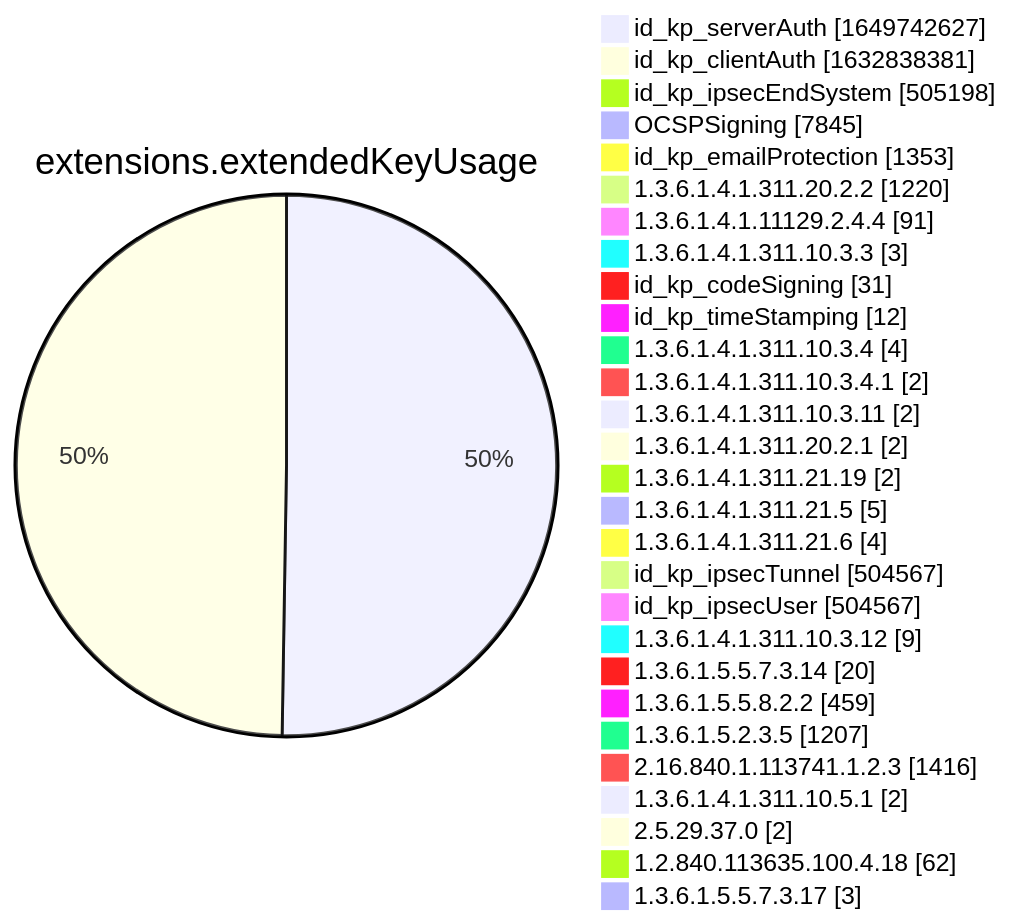
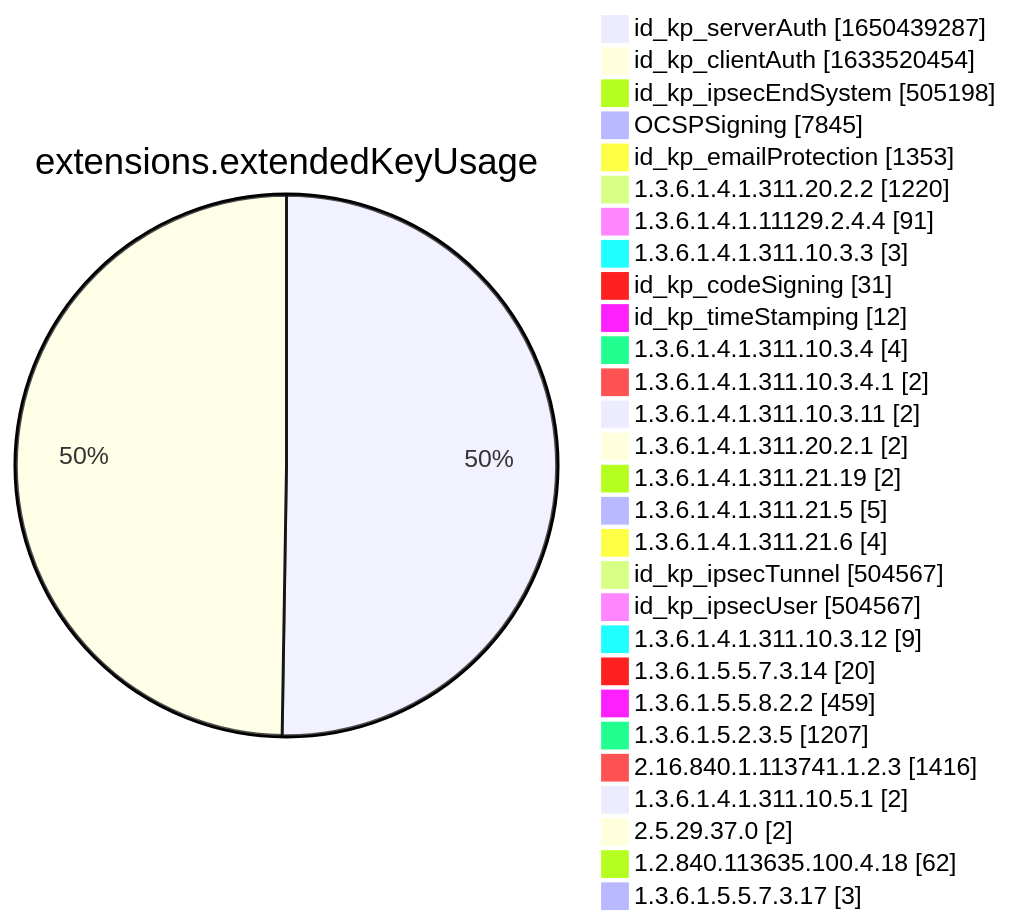
Diagram 12 of 15 in xenon2022/README.md (christiankrug/ctmonitor_visualization), drawn with Mermaid before and after one commit. The commit also changed other lines of this file, not shown here.

````diff
--- a/xenon2022/README.md
+++ b/xenon2022/README.md
@@ -3886,32 +3886,32 @@
 ```mermaid
 pie showData
 title extensions.extendedKeyUsage
-"id_kp_serverAuth" :1649742627
-"id_kp_clientAuth" :1632838381
+"id_kp_serverAuth" :1650439287
+"id_kp_clientAuth" :1633520454
 "id_kp_ipsecEndSystem" :505198
 "OCSPSigning" :7845
 "id_kp_emailProtection" :1353
 "1.3.6.1.4.1.311.20.2.2" :1220
 "1.3.6.1.4.1.11129.2.4.4" :91
 "1.3.6.1.4.1.311.10.3.3" :3
 "id_kp_codeSigning" :31
 "id_kp_timeStamping" :12
 "1.3.6.1.4.1.311.10.3.4" :4
 "1.3.6.1.4.1.311.10.3.4.1" :2
 "1.3.6.1.4.1.311.10.3.11" :2
 "1.3.6.1.4.1.311.20.2.1" :2
 "1.3.6.1.4.1.311.21.19" :2
 "1.3.6.1.4.1.311.21.5" :5
 "1.3.6.1.4.1.311.21.6" :4
 "id_kp_ipsecTunnel" :504567
 "id_kp_ipsecUser" :504567
 "1.3.6.1.4.1.311.10.3.12" :9
 "1.3.6.1.5.5.7.3.14" :20
 "1.3.6.1.5.5.8.2.2" :459
 "1.3.6.1.5.2.3.5" :1207
 "2.16.840.1.113741.1.2.3" :1416
 "1.3.6.1.4.1.311.10.5.1" :2
 "2.5.29.37.0" :2
 "1.2.840.113635.100.4.18" :62
 "1.3.6.1.5.5.7.3.17" :3
 ```
````
